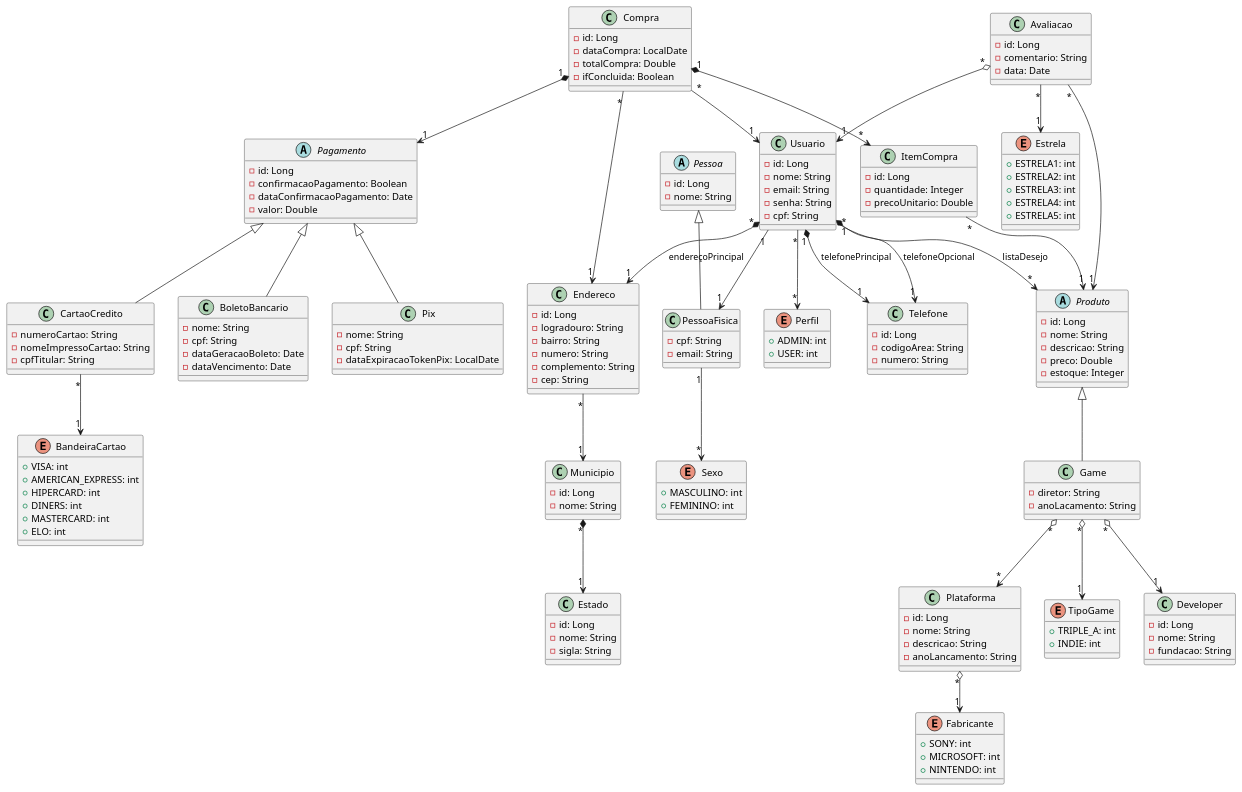
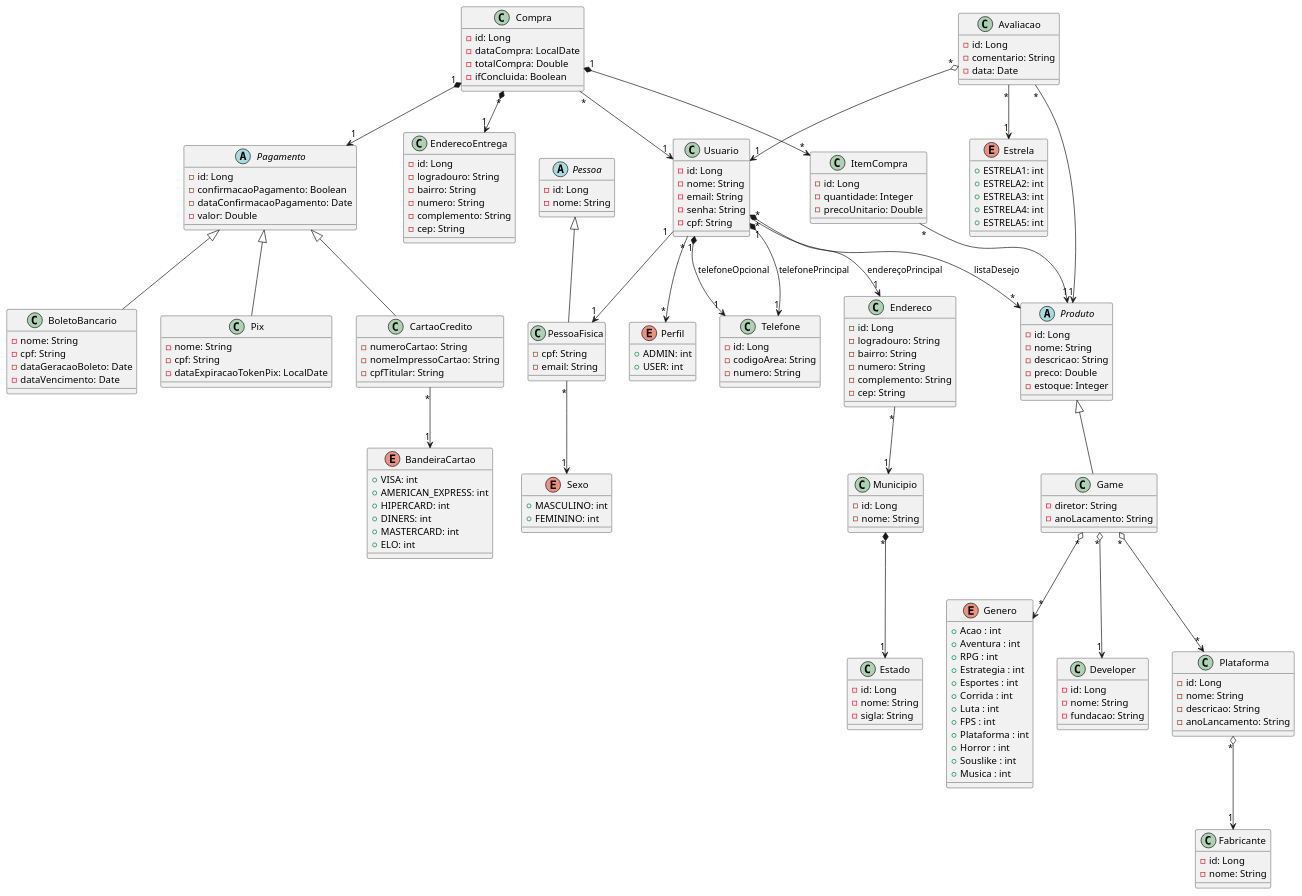
The diagram in Games.plantuml (alvesluis311/ProjetoECommerce), drawn with PlantUML before and after one commit.

```diff
--- a/Games.plantuml
+++ b/Games.plantuml
@@ -15,11 +15,20 @@
         - anoLacamento: String
     }
 
-    enum TipoGame {
-
-        + TRIPLE_A: int
-        + INDIE: int
-    }
+    enum Genero {
+        + Acao : int
+        + Aventura : int
+        + RPG : int
+        + Estrategia : int
+        + Esportes : int
+        + Corrida : int
+        + Luta : int
+        + FPS : int
+        + Plataforma : int
+        + Horror : int
+        + Souslike : int
+        + Musica : int
+}
 
     class Developer {
 
@@ -36,11 +45,10 @@
         - anoLancamento: String
     }
 
-    enum Fabricante {
+    class Fabricante {
 
-        + SONY: int
-        + MICROSOFT: int
-        + NINTENDO: int
+        - id: Long
+        - nome: String
     }
 
     abstract class Pessoa {
@@ -99,6 +107,16 @@
     }
 
     class Endereco {
+
+        - id: Long
+        - logradouro: String
+        - bairro: String
+        - numero: String
+        - complemento: String
+        - cep: String
+    }
+
+    class EnderecoEntrega {
 
         - id: Long
         - logradouro: String
@@ -178,7 +196,7 @@
     }
 
     Game -up-|> Produto
-    Game "*" o--> "1" TipoGame
+    Game "*" o--> "*" Genero
     Game "*" o--> "1" Developer
     Game "*" o--> "*" Plataforma
 
@@ -188,7 +206,7 @@
 
     Endereco "*" --> "1" Municipio
 
-    PessoaFisica "1" --> "*" Sexo
+    PessoaFisica "*" --> "1" Sexo
 
     PessoaFisica -up-|> Pessoa
 
@@ -210,7 +228,7 @@
 
     Compra "*" --> "1" Usuario
     Compra "1" *--> "*" ItemCompra
-    Compra "*" --> "1" Endereco
+    Compra "*" *--> "1" EnderecoEntrega
     Compra "1" *--> "1" Pagamento
 
     Avaliacao "*" --> "1" Estrela
```
